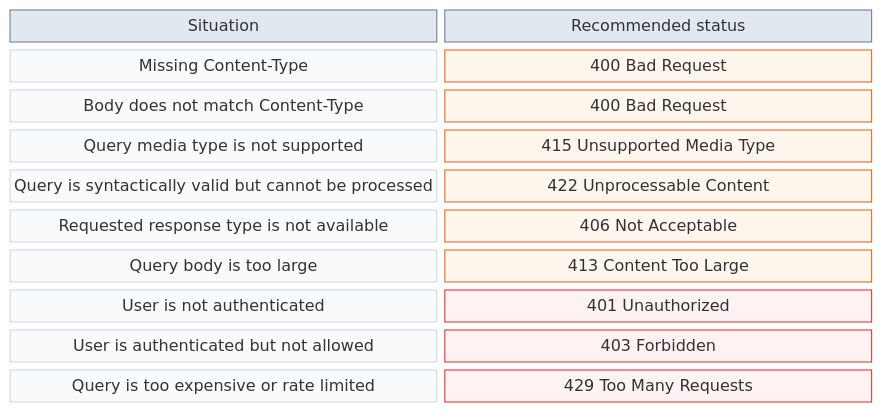
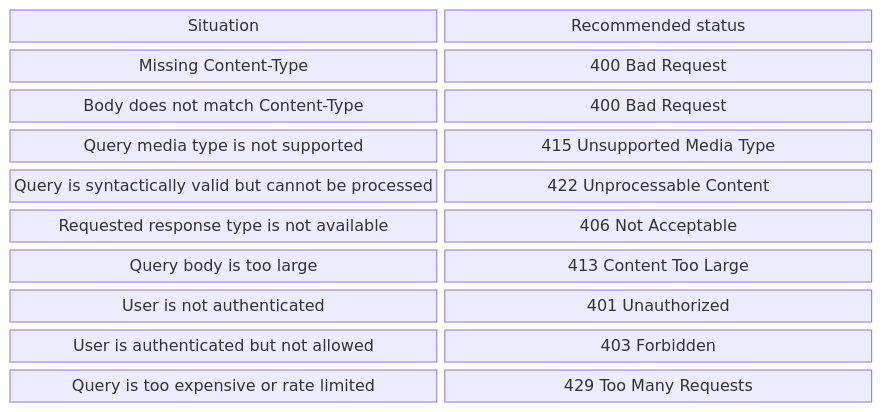
One commit to Abhiramrathod/blogs changed the third of 5 diagrams in src/http-query-method.md. Above: the diagram before and after it, drawn with Mermaid. The commit also changed other lines of this file, not shown here.

Commit message:
Refactor QUERY vs GET vs POST comparison and error handling flowcharts for clarity and consistency

````diff
--- a/src/http-query-method.md
+++ b/src/http-query-method.md
@@ -180,35 +163,14 @@
 ```mermaid
 block-beta
     columns 2
     SH1["Situation"] SH2["Recommended status"]
     SR1["Missing Content-Type"] SS1["400 Bad Request"]
     SR2["Body does not match Content-Type"] SS2["400 Bad Request"]
     SR3["Query media type is not supported"] SS3["415 Unsupported Media Type"]
     SR4["Query is syntactically valid but cannot be processed"] SS4["422 Unprocessable Content"]
     SR5["Requested response type is not available"] SS5["406 Not Acceptable"]
     SR6["Query body is too large"] SS6["413 Content Too Large"]
     SR7["User is not authenticated"] SS7["401 Unauthorized"]
     SR8["User is authenticated but not allowed"] SS8["403 Forbidden"]
     SR9["Query is too expensive or rate limited"] SS9["429 Too Many Requests"]
-
-    style SH1 fill:#e2e8f0,stroke:#64748b,color:#111827
-    style SH2 fill:#e2e8f0,stroke:#64748b,color:#111827
-    style SR1 fill:#f8fafc,stroke:#cbd5e1,color:#111827
-    style SR2 fill:#f8fafc,stroke:#cbd5e1,color:#111827
-    style SR3 fill:#f8fafc,stroke:#cbd5e1,color:#111827
-    style SR4 fill:#f8fafc,stroke:#cbd5e1,color:#111827
-    style SR5 fill:#f8fafc,stroke:#cbd5e1,color:#111827
-    style SR6 fill:#f8fafc,stroke:#cbd5e1,color:#111827
-    style SR7 fill:#f8fafc,stroke:#cbd5e1,color:#111827
-    style SR8 fill:#f8fafc,stroke:#cbd5e1,color:#111827
-    style SR9 fill:#f8fafc,stroke:#cbd5e1,color:#111827
-    style SS1 fill:#fff7ed,stroke:#ea580c,color:#111827
-    style SS2 fill:#fff7ed,stroke:#ea580c,color:#111827
-    style SS3 fill:#fff7ed,stroke:#ea580c,color:#111827
-    style SS4 fill:#fff7ed,stroke:#ea580c,color:#111827
-    style SS5 fill:#fff7ed,stroke:#ea580c,color:#111827
-    style SS6 fill:#fff7ed,stroke:#ea580c,color:#111827
-    style SS7 fill:#fef2f2,stroke:#dc2626,color:#111827
-    style SS8 fill:#fef2f2,stroke:#dc2626,color:#111827
-    style SS9 fill:#fef2f2,stroke:#dc2626,color:#111827
 ```
````
